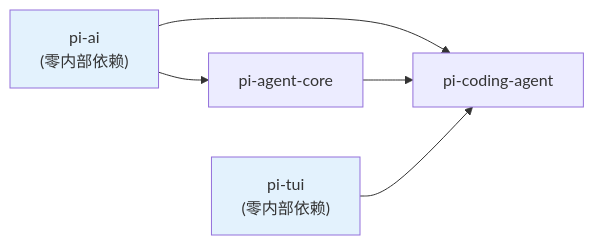
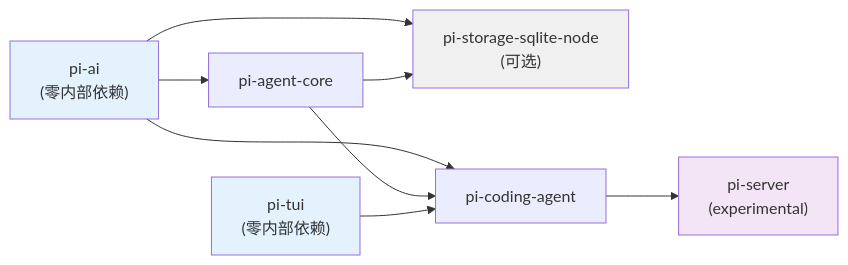
The second of 2 diagrams in src/ch02-packages.md (disanrencheng/pi-book), drawn with Mermaid before and after one commit. The commit also changed other lines of this file and 69 other files, not shown here.

````diff
--- a/src/ch02-packages.md
+++ b/src/ch02-packages.md
@@ -94,15 +114,22 @@
 ```mermaid
 graph LR
     AI["pi-ai\n(零内部依赖)"]
     TUI["pi-tui\n(零内部依赖)"]
     Core["pi-agent-core"]
+    Sqlite["pi-storage-sqlite-node\n(可选)"]
     Coding["pi-coding-agent"]
-    
+    Server["pi-server\n(experimental)"]
+
     AI --> Core
     AI --> Coding
+    AI --> Sqlite
     Core --> Coding
+    Core --> Sqlite
     TUI --> Coding
-    
+    Coding --> Server
+
     style AI fill:#e3f2fd
     style TUI fill:#e3f2fd
+    style Sqlite fill:#f0f0f0
+    style Server fill:#f3e5f5
 ```
````
